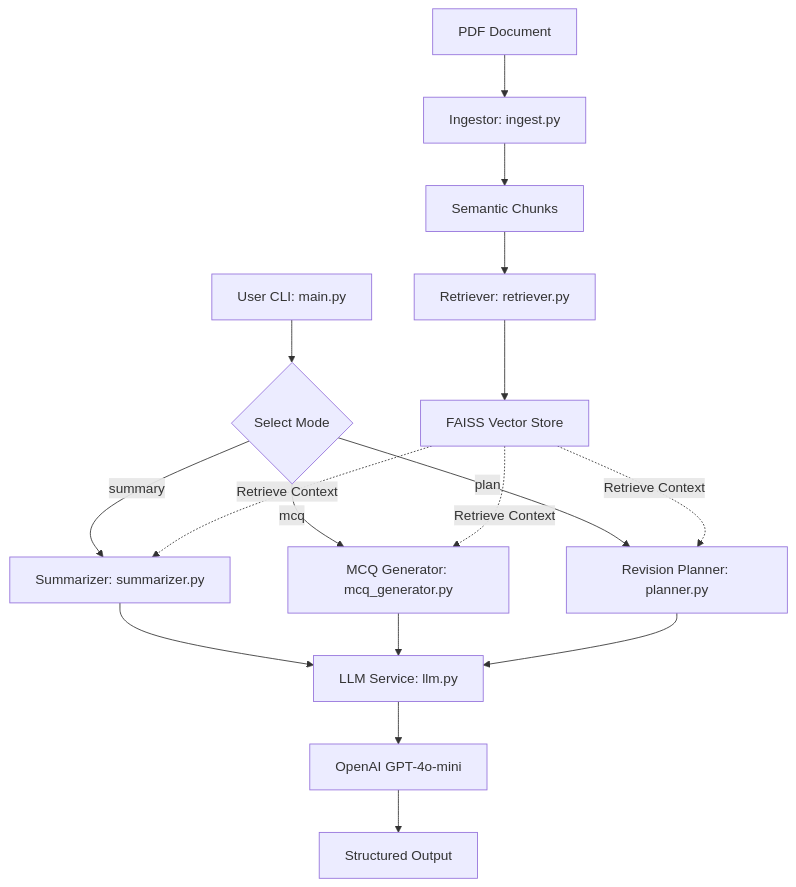
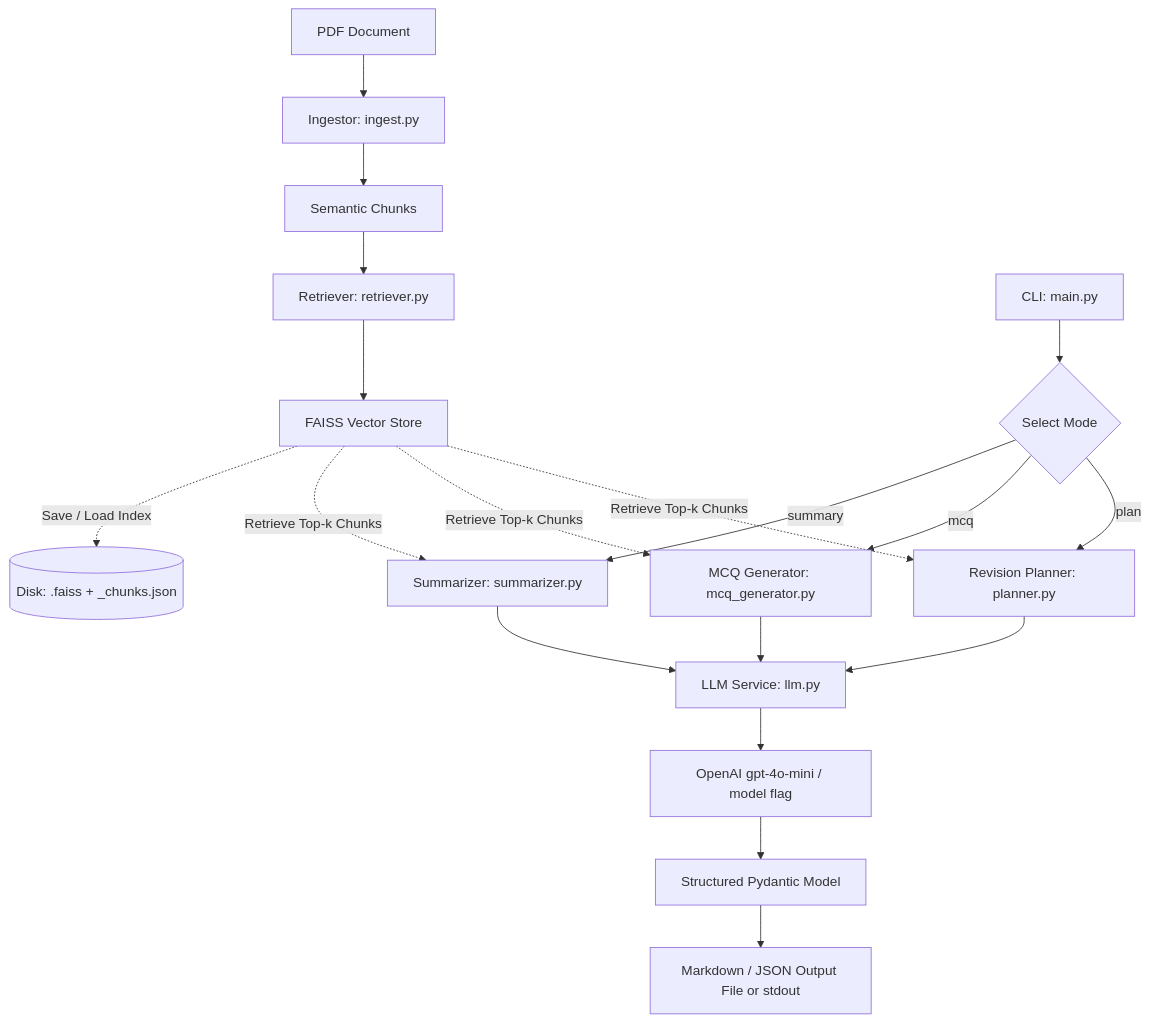
One commit to GeekGoku09/ai-study-companion changed the diagram in README.md. Above: the diagram before and after it, drawn with Mermaid. The commit also changed other lines of this file and 18 other files, not shown here.

````diff
--- a/README.md
+++ b/README.md
@@ -23,17 +18,19 @@
 ```mermaid
 graph TD
     A[PDF Document] --> B[Ingestor: ingest.py]
     B --> C[Semantic Chunks]
     C --> D[Retriever: retriever.py]
     D --> E[FAISS Vector Store]
+    E -.->|Save / Load Index| F[(Disk: .faiss + _chunks.json)]
     
-    F[User CLI: main.py] --> G{Select Mode}
-    G -->|summary| H[Summarizer: summarizer.py]
-    G -->|mcq| I[MCQ Generator: mcq_generator.py]
-    G -->|plan| J[Revision Planner: planner.py]
+    G[CLI: main.py] --> H{Select Mode}
+    H -->|summary| I[Summarizer: summarizer.py]
+    H -->|mcq| J[MCQ Generator: mcq_generator.py]
+    H -->|plan| K[Revision Planner: planner.py]
     
-    H & I & J --> K[LLM Service: llm.py]
-    K --> L[OpenAI GPT-4o-mini]
-    E -.->|Retrieve Context| H & I & J
-    L --> M[Structured Output]
+    I & J & K --> L[LLM Service: llm.py]
+    L --> M[OpenAI gpt-4o-mini / model flag]
+    E -.->|Retrieve Top-k Chunks| I & J & K
+    M --> N[Structured Pydantic Model]
+    N --> O[Markdown / JSON Output File or stdout]
 ```
````
